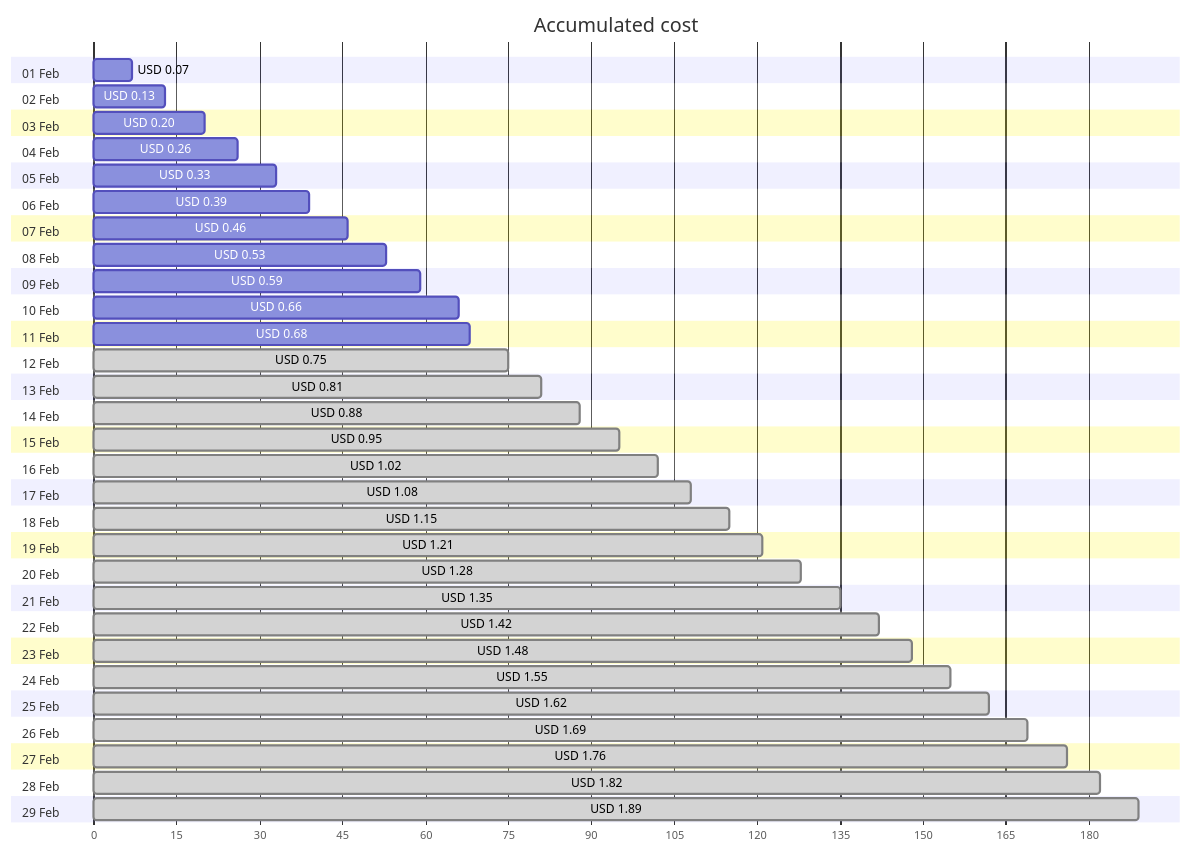
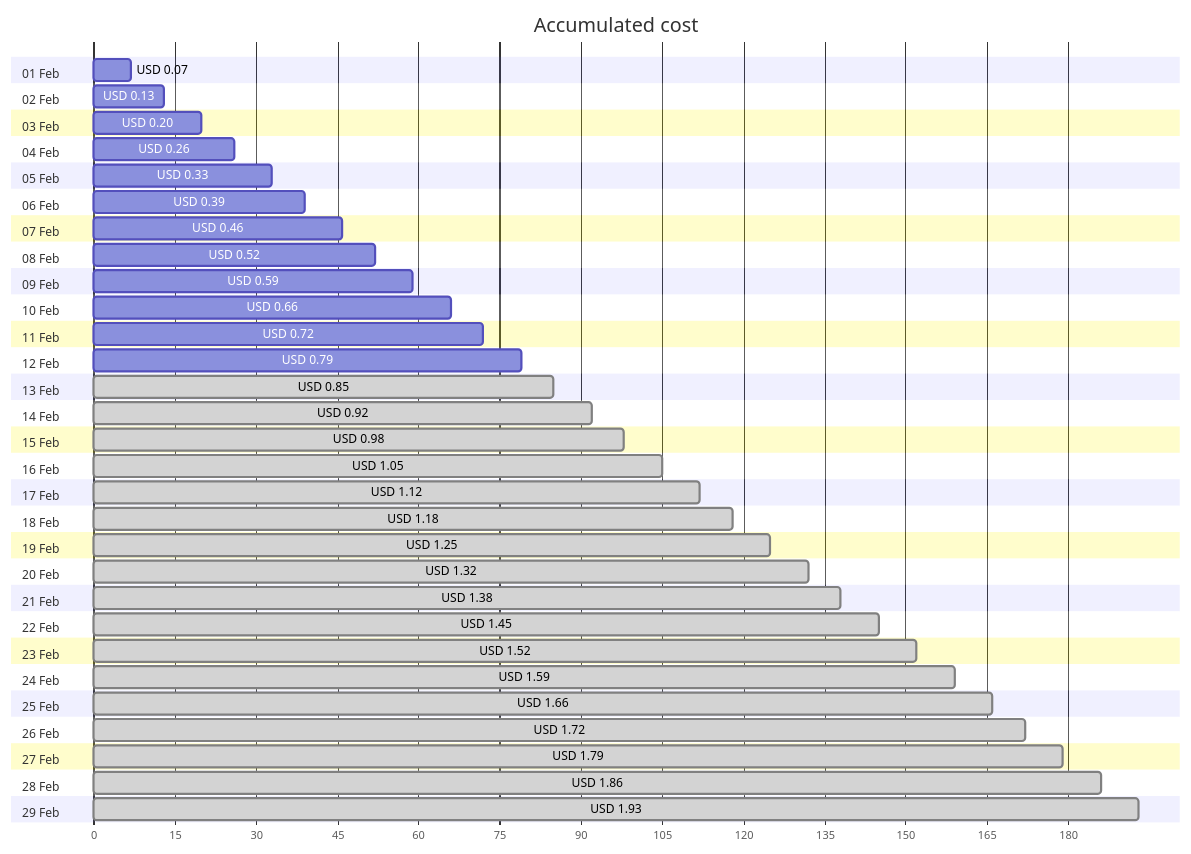
Before and after one commit to jpfulton/azure-personal-reports: the first of 4 diagrams in cost-reports/personal-network/vpn-server_OsDisk.md, drawn with Mermaid. The commit also changed other lines of this file and 8 other files, not shown here.

````diff
--- a/cost-reports/personal-network/vpn-server_OsDisk.md
+++ b/cost-reports/personal-network/vpn-server_OsDisk.md
@@ -20,64 +20,64 @@
 ```mermaid
 gantt
    title Accumulated cost
    dateFormat  X
    axisFormat %s
    section 01 Feb
    USD 0.07 :0, 7
    section 02 Feb
    USD 0.13 :0, 13
    section 03 Feb
    USD 0.20 :0, 20
    section 04 Feb
    USD 0.26 :0, 26
    section 05 Feb
    USD 0.33 :0, 33
    section 06 Feb
    USD 0.39 :0, 39
    section 07 Feb
    USD 0.46 :0, 46
    section 08 Feb
-   USD 0.53 :0, 53
+   USD 0.52 :0, 52
    section 09 Feb
    USD 0.59 :0, 59
    section 10 Feb
    USD 0.66 :0, 66
    section 11 Feb
-   USD 0.68 :0, 68
+   USD 0.72 :0, 72
    section 12 Feb
-   USD 0.75 : done, 0, 75
+   USD 0.79 :0, 79
    section 13 Feb
-   USD 0.81 : done, 0, 81
+   USD 0.85 : done, 0, 85
    section 14 Feb
-   USD 0.88 : done, 0, 88
+   USD 0.92 : done, 0, 92
    section 15 Feb
-   USD 0.95 : done, 0, 95
+   USD 0.98 : done, 0, 98
    section 16 Feb
-   USD 1.02 : done, 0, 102
+   USD 1.05 : done, 0, 105
    section 17 Feb
-   USD 1.08 : done, 0, 108
+   USD 1.12 : done, 0, 112
    section 18 Feb
-   USD 1.15 : done, 0, 115
+   USD 1.18 : done, 0, 118
    section 19 Feb
-   USD 1.21 : done, 0, 121
+   USD 1.25 : done, 0, 125
    section 20 Feb
-   USD 1.28 : done, 0, 128
+   USD 1.32 : done, 0, 132
    section 21 Feb
-   USD 1.35 : done, 0, 135
+   USD 1.38 : done, 0, 138
    section 22 Feb
-   USD 1.42 : done, 0, 142
+   USD 1.45 : done, 0, 145
    section 23 Feb
-   USD 1.48 : done, 0, 148
+   USD 1.52 : done, 0, 152
    section 24 Feb
-   USD 1.55 : done, 0, 155
+   USD 1.59 : done, 0, 159
    section 25 Feb
-   USD 1.62 : done, 0, 162
+   USD 1.66 : done, 0, 166
    section 26 Feb
-   USD 1.69 : done, 0, 169
+   USD 1.72 : done, 0, 172
    section 27 Feb
-   USD 1.76 : done, 0, 176
+   USD 1.79 : done, 0, 179
    section 28 Feb
-   USD 1.82 : done, 0, 182
+   USD 1.86 : done, 0, 186
    section 29 Feb
-   USD 1.89 : done, 0, 189
+   USD 1.93 : done, 0, 193
 ```
````
